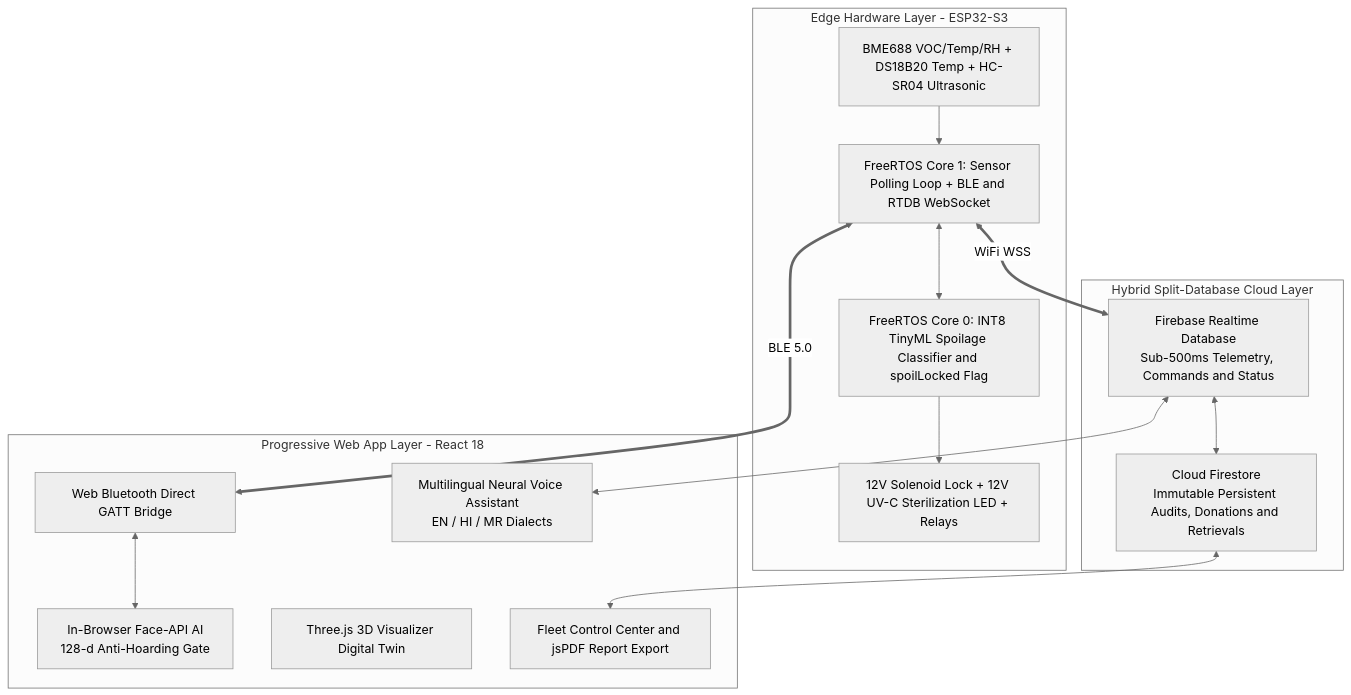
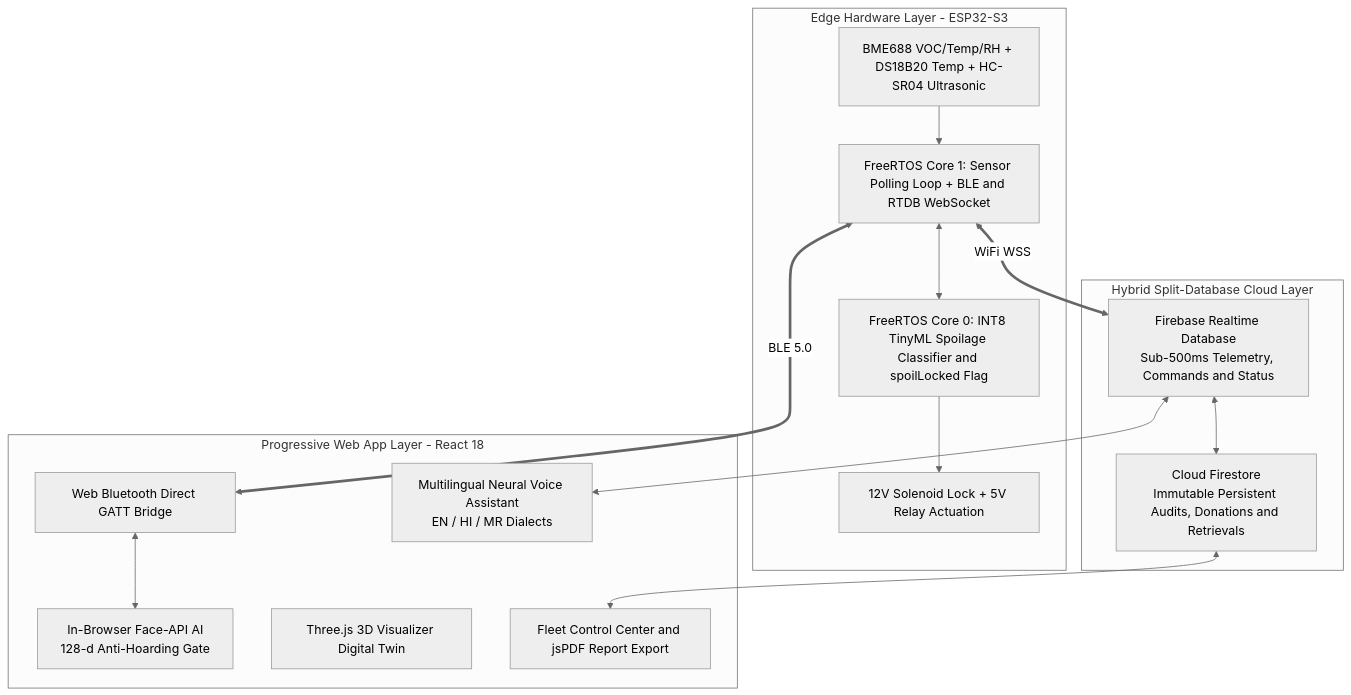
Before and after one commit to TamboliSara/ASEP2-PWA-2.0: the diagram in README.md, drawn with Mermaid (neutral theme). The commit also changed other lines of this file and 9 other files, not shown here.

````diff
--- a/README.md
+++ b/README.md
@@ -58,34 +66,34 @@
 ```mermaid
 graph TB
     subgraph Hardware ["Edge Hardware Layer - ESP32-S3"]
         Sensors["BME688 VOC/Temp/RH + DS18B20 Temp + HC-SR04 Ultrasonic"]
         Core0["FreeRTOS Core 0: INT8 TinyML Spoilage Classifier and spoilLocked Flag"]
         Core1["FreeRTOS Core 1: Sensor Polling Loop + BLE and RTDB WebSocket"]
-        Actuators["12V Solenoid Lock + 12V UV-C Sterilization LED + Relays"]
+        Actuators["12V Solenoid Lock + 5V Relay Actuation"]
         
         Sensors --> Core1
         Core1 <--> Core0
         Core0 --> Actuators
     end
 
     subgraph Cloud ["Hybrid Split-Database Cloud Layer"]
         RTDB["Firebase Realtime Database<br/>Sub-500ms Telemetry, Commands and Status"]
         Firestore["Cloud Firestore<br/>Immutable Persistent Audits, Donations and Retrievals"]
         
         Core1 <== "WiFi WSS" ==> RTDB
         RTDB <--> Firestore
     end
 
     subgraph PWA ["Progressive Web App Layer - React 18"]
         BLE["Web Bluetooth Direct GATT Bridge"]
         FaceAI["In-Browser Face-API AI<br/>128-d Anti-Hoarding Gate"]
         VoiceAI["Multilingual Neural Voice Assistant<br/>EN / HI / MR Dialects"]
         Twin["Three.js 3D Visualizer Digital Twin"]
         Admin["Fleet Control Center and jsPDF Report Export"]
         
         Core1 <== "BLE 5.0" ==> BLE
         BLE <--> FaceAI
         RTDB <--> VoiceAI
         Firestore <--> Admin
     end
 ```
````
